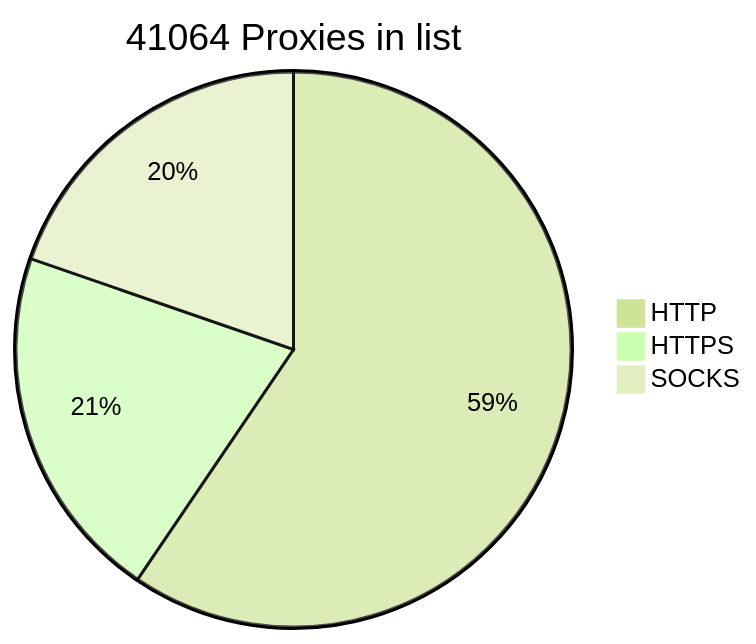
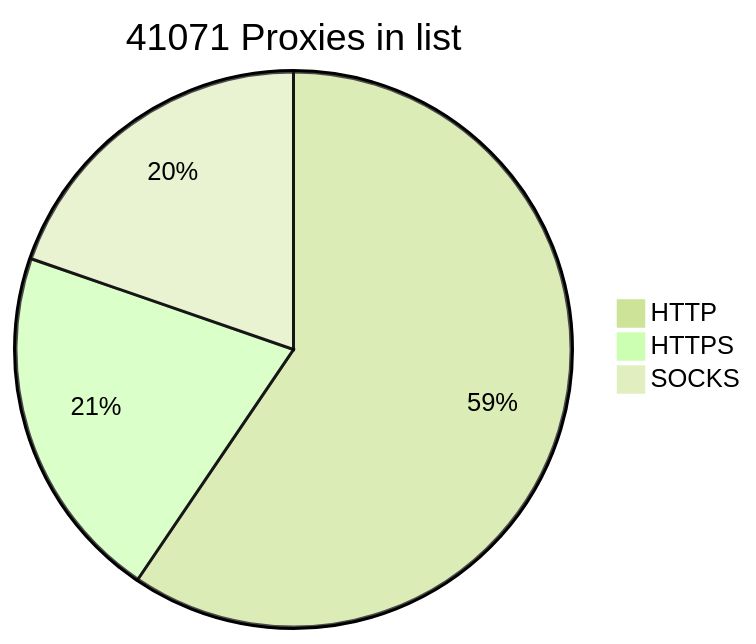
Before and after one commit to BlackSnowDot/proxylist-update-every-minute: the diagram in README.md, drawn with Mermaid (forest theme).

````diff
--- a/README.md
+++ b/README.md
@@ -2,6 +2,6 @@
 ```mermaid
-pie title 41064 Proxies in list
-    "HTTP" : 28402
-    "HTTPS": 9940
+pie title 41071 Proxies in list
+    "HTTP" : 28403
+    "HTTPS": 9947
     "SOCKS" : 9408
 ```
````
